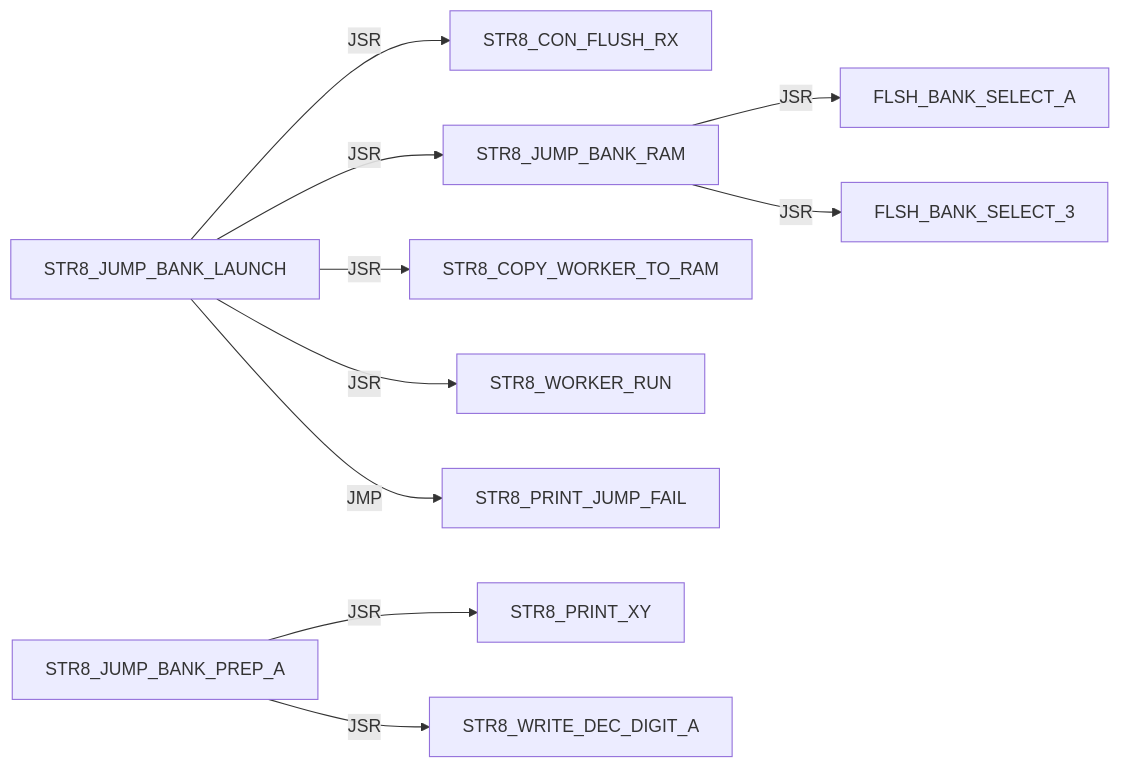
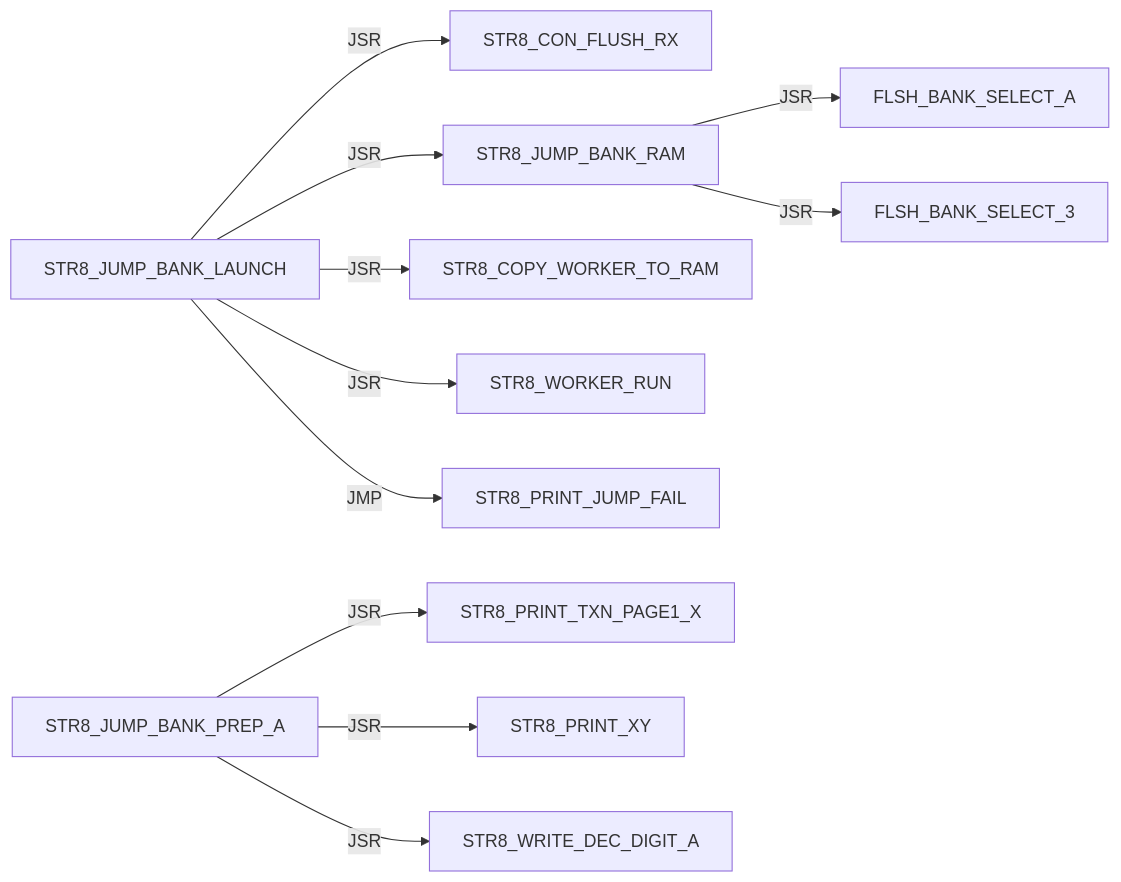
Diagram 21 of 42 in DOC/GUIDES/STR8/STR8_EDGE_DUMP.md (95westus/R-YORS), drawn with Mermaid before and after one commit. The commit also changed other lines of this file and 33 other files, not shown here.

````diff
--- a/DOC/GUIDES/STR8/STR8_EDGE_DUMP.md
+++ b/DOC/GUIDES/STR8/STR8_EDGE_DUMP.md
@@ -247,12 +296,13 @@
 ```mermaid
 flowchart LR
     N0["STR8_JUMP_BANK_LAUNCH"] -->|JSR| N1["STR8_CON_FLUSH_RX"]
     N0["STR8_JUMP_BANK_LAUNCH"] -->|JSR| N2["STR8_JUMP_BANK_RAM"]
     N0["STR8_JUMP_BANK_LAUNCH"] -->|JSR| N3["STR8_COPY_WORKER_TO_RAM"]
     N0["STR8_JUMP_BANK_LAUNCH"] -->|JSR| N4["STR8_WORKER_RUN"]
     N0["STR8_JUMP_BANK_LAUNCH"] -->|JMP| N5["STR8_PRINT_JUMP_FAIL"]
-    N6["STR8_JUMP_BANK_PREP_A"] -->|JSR| N7["STR8_PRINT_XY"]
-    N6["STR8_JUMP_BANK_PREP_A"] -->|JSR| N8["STR8_WRITE_DEC_DIGIT_A"]
-    N2["STR8_JUMP_BANK_RAM"] -->|JSR| N9["FLSH_BANK_SELECT_A"]
-    N2["STR8_JUMP_BANK_RAM"] -->|JSR| N10["FLSH_BANK_SELECT_3"]
+    N6["STR8_JUMP_BANK_PREP_A"] -->|JSR| N7["STR8_PRINT_TXN_PAGE1_X"]
+    N6["STR8_JUMP_BANK_PREP_A"] -->|JSR| N8["STR8_PRINT_XY"]
+    N6["STR8_JUMP_BANK_PREP_A"] -->|JSR| N9["STR8_WRITE_DEC_DIGIT_A"]
+    N2["STR8_JUMP_BANK_RAM"] -->|JSR| N10["FLSH_BANK_SELECT_A"]
+    N2["STR8_JUMP_BANK_RAM"] -->|JSR| N11["FLSH_BANK_SELECT_3"]
 ```
````
